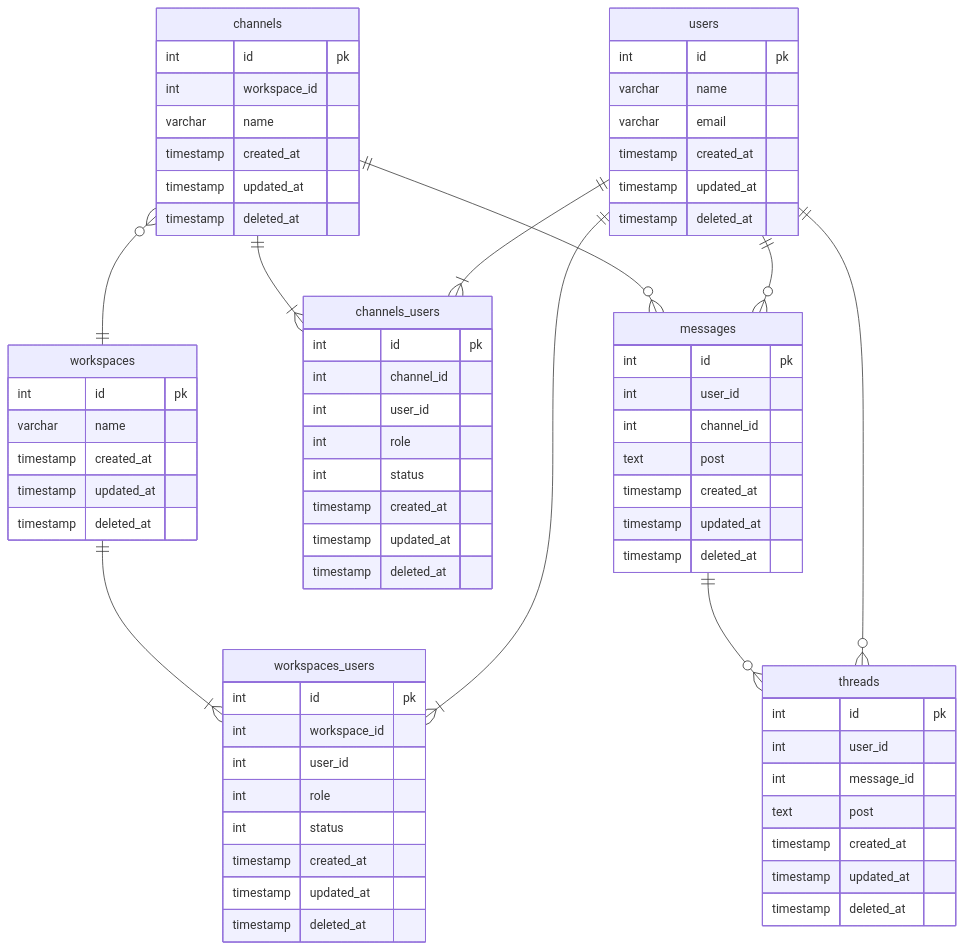
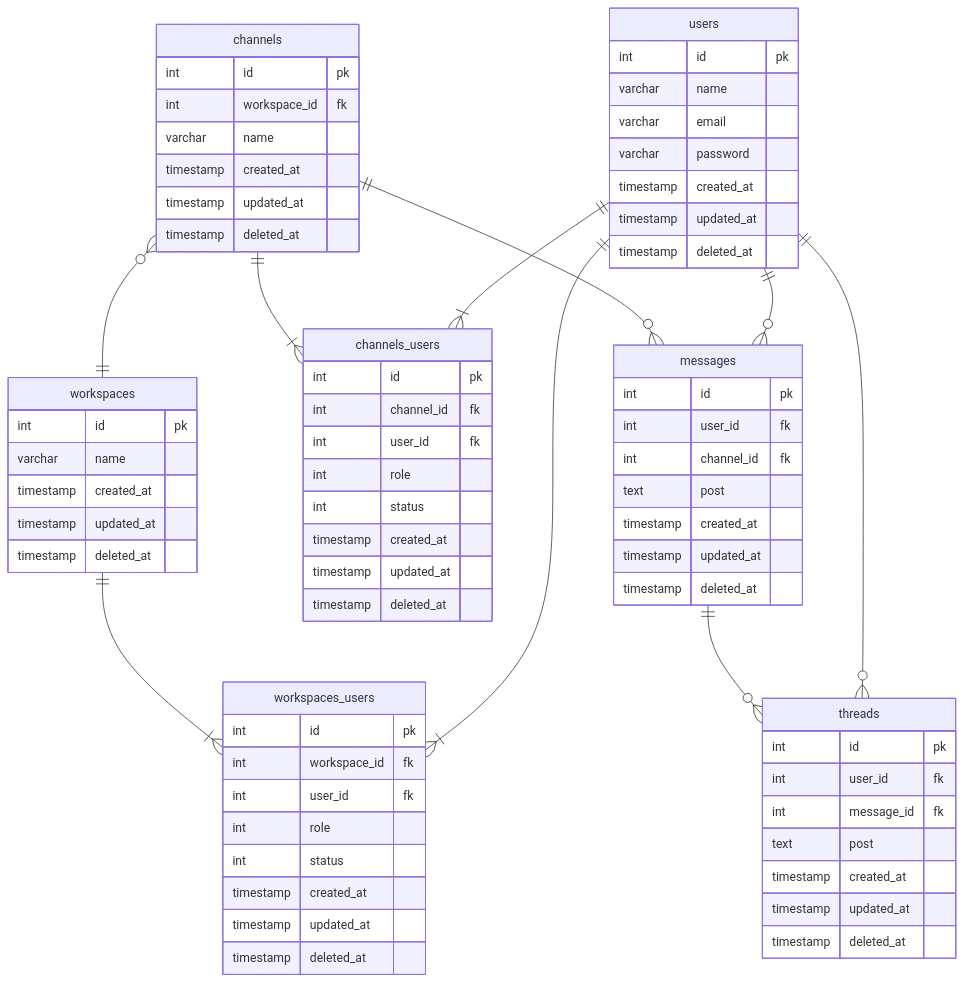
The diagram in データベースモデリング2/課題1/課題1-1.md (zyumax/pc_task), drawn with Mermaid before and after one commit. The commit also changed other lines of this file, not shown here.

Commit message:
エンティティの記載とカラム修正

```diff
--- a/データベースモデリング2/課題1/課題1-1.md
+++ b/データベースモデリング2/課題1/課題1-1.md
@@ -10,7 +30,8 @@
 users {
   int id pk
   varchar name
-  varchar email 
+  varchar email
+  varchar password
   timestamp created_at
   timestamp updated_at
   timestamp deleted_at
@@ -26,8 +47,8 @@
 
 workspaces_users {
   int id pk
-  int workspace_id
-  int user_id
+  int workspace_id fk
+  int user_id fk
   int role
   int status
   timestamp created_at
@@ -37,7 +58,7 @@
 
 channels {
   int id pk
-  int workspace_id
+  int workspace_id fk
   varchar name
   timestamp created_at
   timestamp updated_at
@@ -46,8 +67,8 @@
 
 channels_users {
   int id pk
-  int channel_id
-  int user_id
+  int channel_id fk
+  int user_id fk
   int role
   int status
   timestamp created_at
@@ -57,8 +78,8 @@
 
 messages {
   int id pk
-  int user_id
-  int channel_id
+  int user_id fk
+  int channel_id fk
   text post
   timestamp created_at
   timestamp updated_at
@@ -67,8 +88,8 @@
 
 threads {
   int id pk
-  int user_id
-  int message_id
+  int user_id fk
+  int message_id fk
   text post
   timestamp created_at
   timestamp updated_at
```
